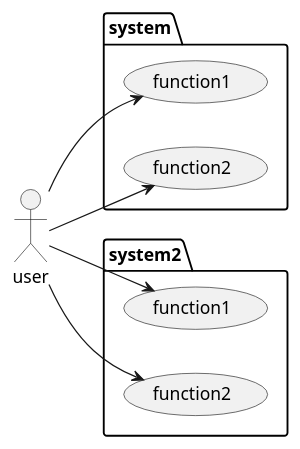
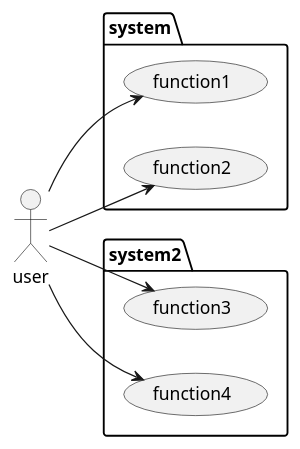
Before and after one commit to w22054/-w22054-10-: the diagram in usecase.pu, drawn with PlantUML.

Commit message:
変更しました

```diff
--- a/usecase.pu
+++ b/usecase.pu
@@ -1,15 +1,15 @@
 @startuml
 left to right direction
 package system{
     usecase "function1" as f1
     usecase "function2" as f2
 }
 :user:-->f1
 :user:-->f2
 package system2{
-    usecase "function1" as f3
-    usecase "function2" as f4
+    usecase "function3" as f3
+    usecase "function4" as f4
 }
 :user:-->f3
 :user:-->f4
 @enduml
```
